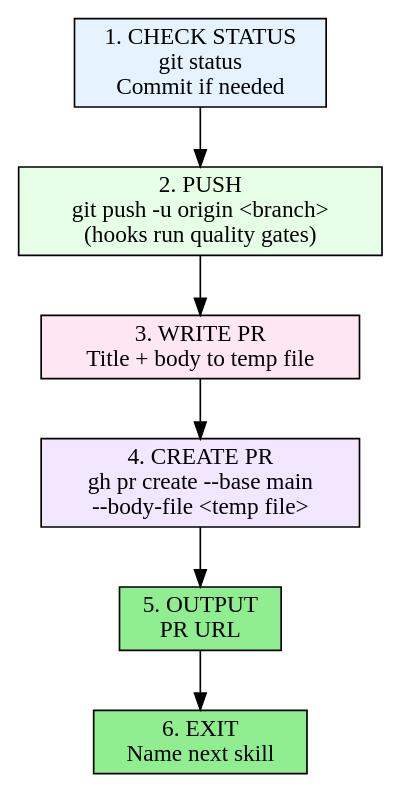
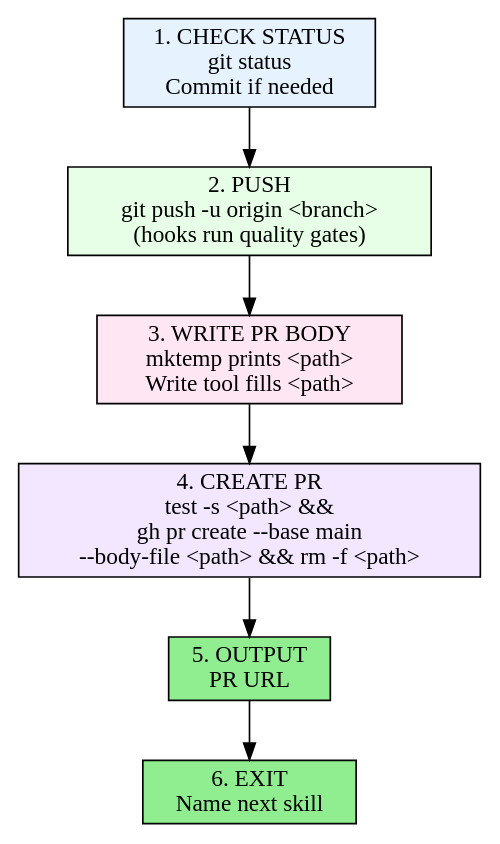
The diagram in .claude/skills/create-pr/SKILL.md (gcko/pendulum-of-despair), drawn with Graphviz before and after one commit. The commit also changed other lines of this file and 13 other files, not shown here.

````diff
--- a/.claude/skills/create-pr/SKILL.md
+++ b/.claude/skills/create-pr/SKILL.md
@@ -43,19 +43,19 @@
 ```dot
 digraph create_pr {
     rankdir=TB;
     node [shape=box, style=filled, fillcolor=lightblue];
 
     status [label="1. CHECK STATUS\ngit status\nCommit if needed", fillcolor="#e6f3ff"];
     push [label="2. PUSH\ngit push -u origin <branch>\n(hooks run quality gates)", fillcolor="#e6ffe6"];
-    write [label="3. WRITE PR\nTitle + body to temp file", fillcolor="#ffe6f3"];
-    create [label="4. CREATE PR\ngh pr create --base main\n--body-file <temp file>", fillcolor="#f3e6ff"];
+    write [label="3. WRITE PR BODY\nmktemp prints <path>\nWrite tool fills <path>", fillcolor="#ffe6f3"];
+    create [label="4. CREATE PR\ntest -s <path> &&\ngh pr create --base main\n--body-file <path> && rm -f <path>", fillcolor="#f3e6ff"];
     url [label="5. OUTPUT\nPR URL", fillcolor=lightgreen];
     handoff [label="6. EXIT\nName next skill", fillcolor=lightgreen];
 
     status -> push;
     push -> write;
     write -> create;
     create -> url;
     url -> handoff;
 }
 ```
````
